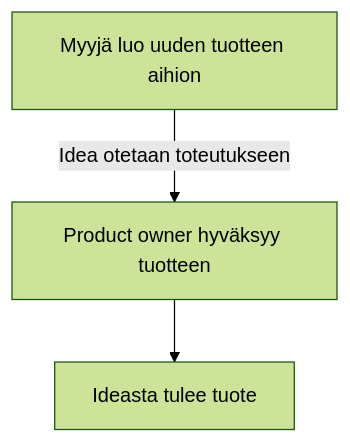
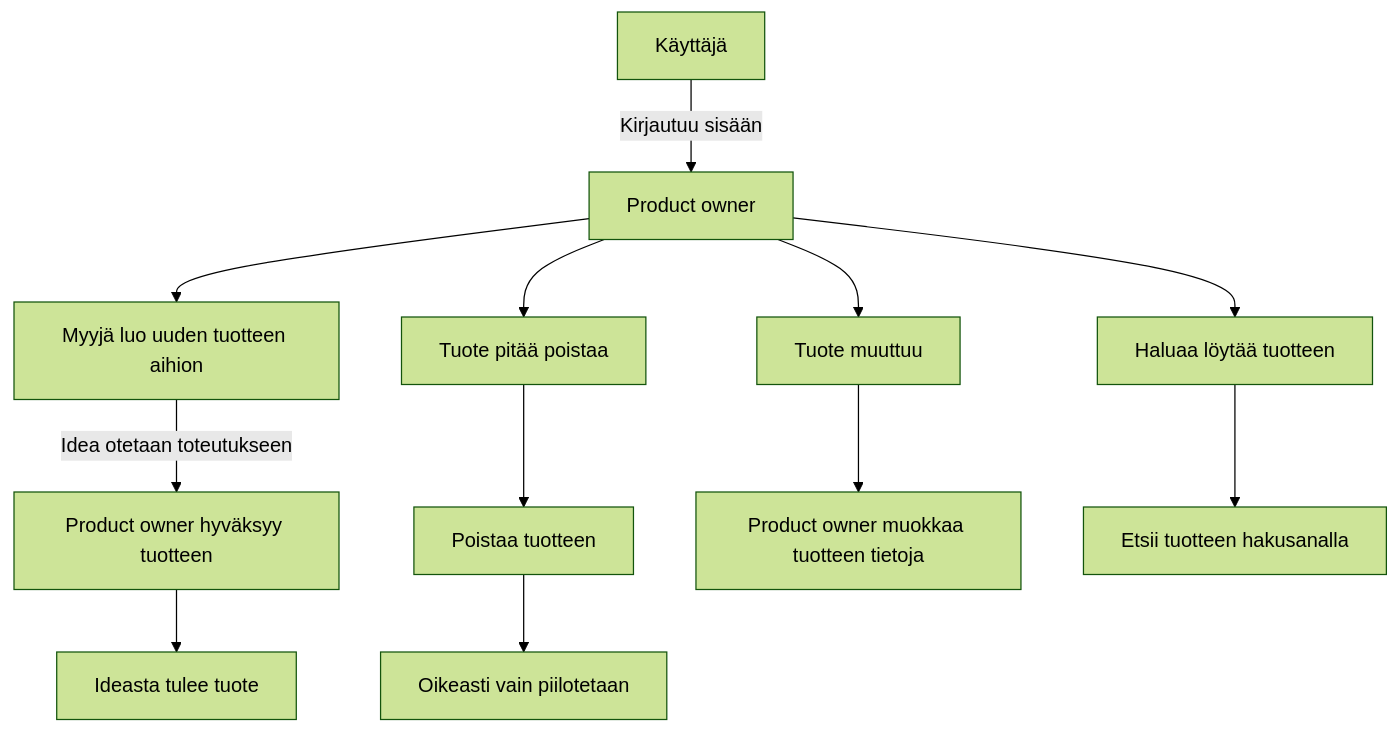
The third of 7 diagrams in dokumentit/02-vaatimusmaarittely/vaatimusmaarittely.md (martimik/TuHlaRi-core), drawn with Mermaid (forest theme) before and after one commit. The commit also changed other lines of this file, not shown here.

````diff
--- a/dokumentit/02-vaatimusmaarittely/vaatimusmaarittely.md
+++ b/dokumentit/02-vaatimusmaarittely/vaatimusmaarittely.md
@@ -140,6 +142,24 @@
 ```mermaid
  graph TD
-A["Myyjä luo uuden tuotteen aihion"]-->|Idea otetaan toteutukseen|B["Product owner hyväksyy tuotteen"]
-B-->C["Ideasta tulee tuote"]
+
+U["Käyttäjä"]
+P["Product owner"]
+ 
+U --> |Kirjautuu sisään|P 
+ 
+P --> A1
+P --> A2
+P --> A3
+P --> A4
+
+A1["Myyjä luo uuden tuotteen aihion"]-->|Idea otetaan toteutukseen|B1["Product owner hyväksyy tuotteen"]
+B1-->C1["Ideasta tulee tuote"]
+
+A2["Tuote pitää poistaa"]-->B2["Poistaa tuotteen"]
+B2-->C2["Oikeasti vain piilotetaan"]
+
+A3["Tuote muuttuu"]-->B3["Product owner muokkaa tuotteen tietoja"]
+
+A4["Haluaa löytää tuotteen"]-->B4["Etsii tuotteen hakusanalla"]
 
 ```
````
